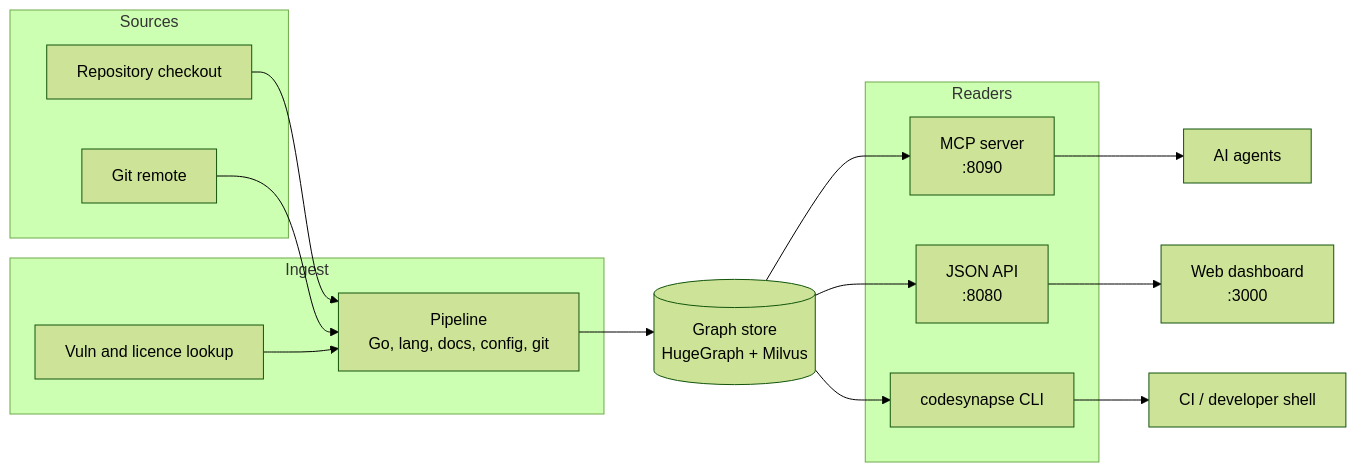
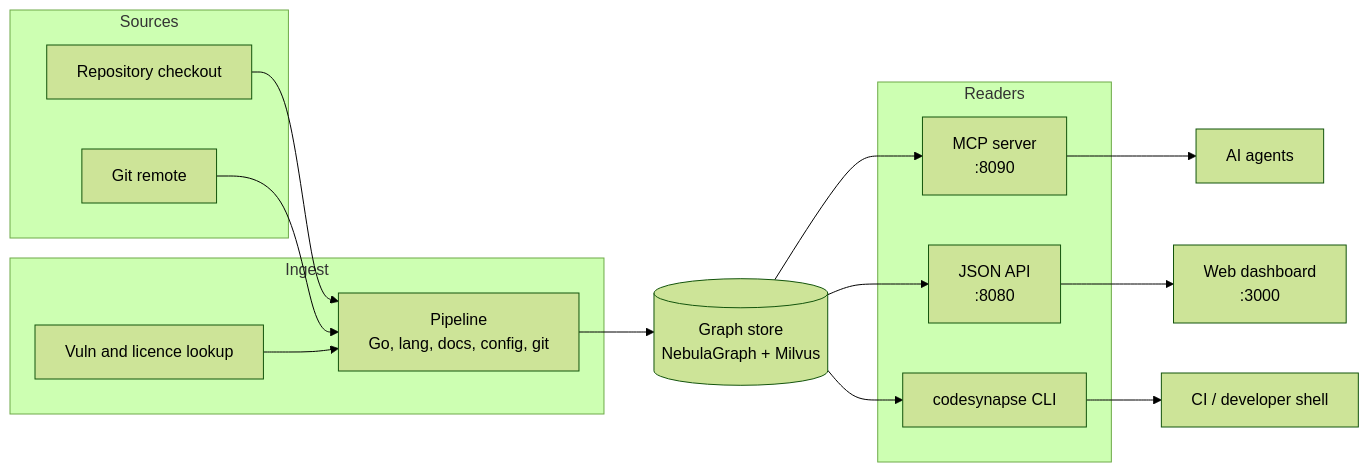
The diagram in docs/index.md (astrona-io/codesynapse), drawn with Mermaid (forest theme) before and after one commit. The commit also changed 75 other files, not shown here.

First line of the commit message:
feat!: NebulaGraph replaces HugeGraph (#317)

````diff
--- a/docs/index.md
+++ b/docs/index.md
@@ -21,28 +21,28 @@
 ```mermaid
 flowchart LR
     subgraph Sources
         R[Repository checkout]
         G[Git remote]
     end
     subgraph Ingest
         P[Pipeline<br/>Go, lang, docs, config, git]
         V[Vuln and licence lookup]
     end
-    DB[(Graph store<br/>HugeGraph + Milvus)]
+    DB[(Graph store<br/>NebulaGraph + Milvus)]
     subgraph Readers
         MCP[MCP server<br/>:8090]
         API[JSON API<br/>:8080]
         CLI[codesynapse CLI]
     end
     A[AI agents]
     W[Web dashboard<br/>:3000]
     CI[CI / developer shell]
 
     R --> P
     G --> P
     V --> P
     P --> DB
     DB --> MCP --> A
     DB --> API --> W
     DB --> CLI --> CI
 ```
````
